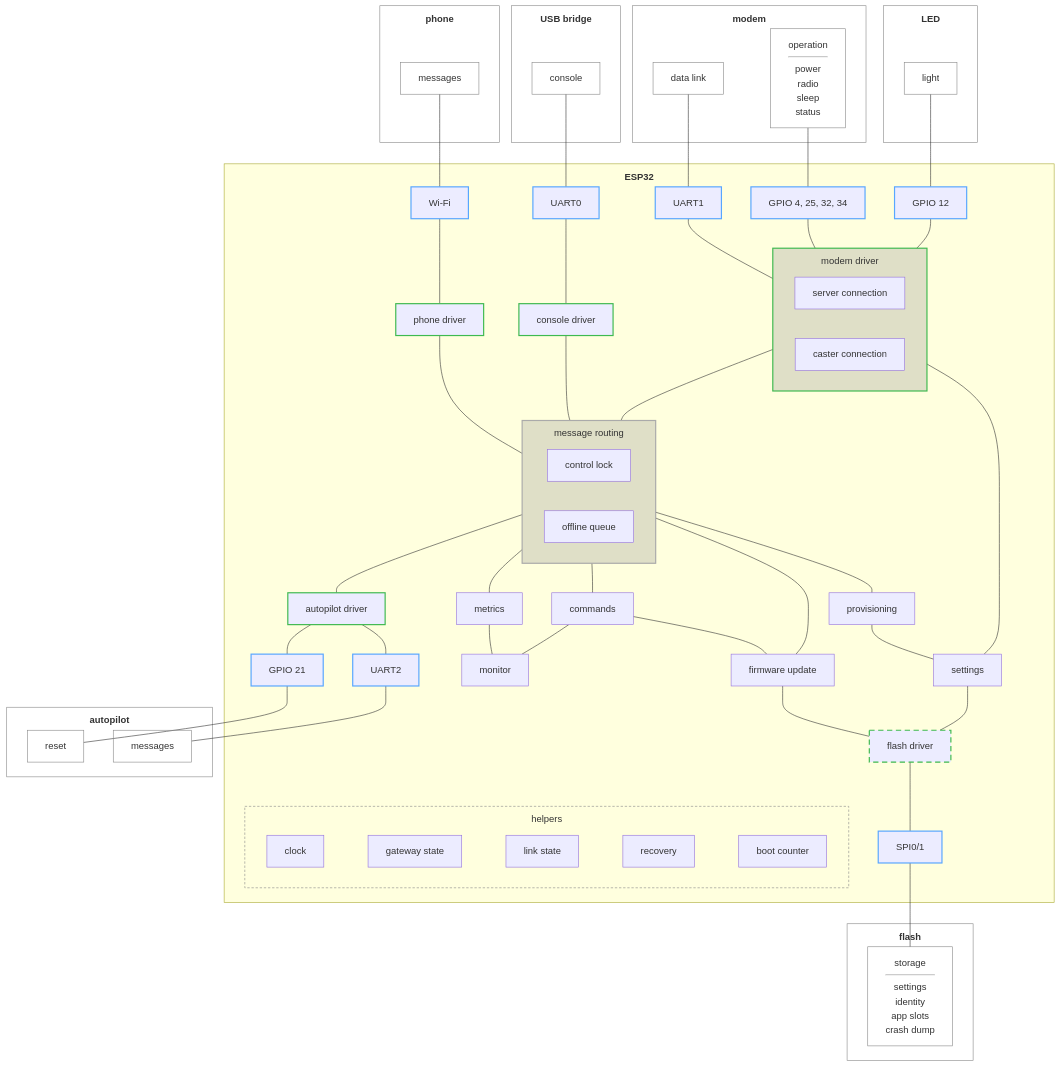
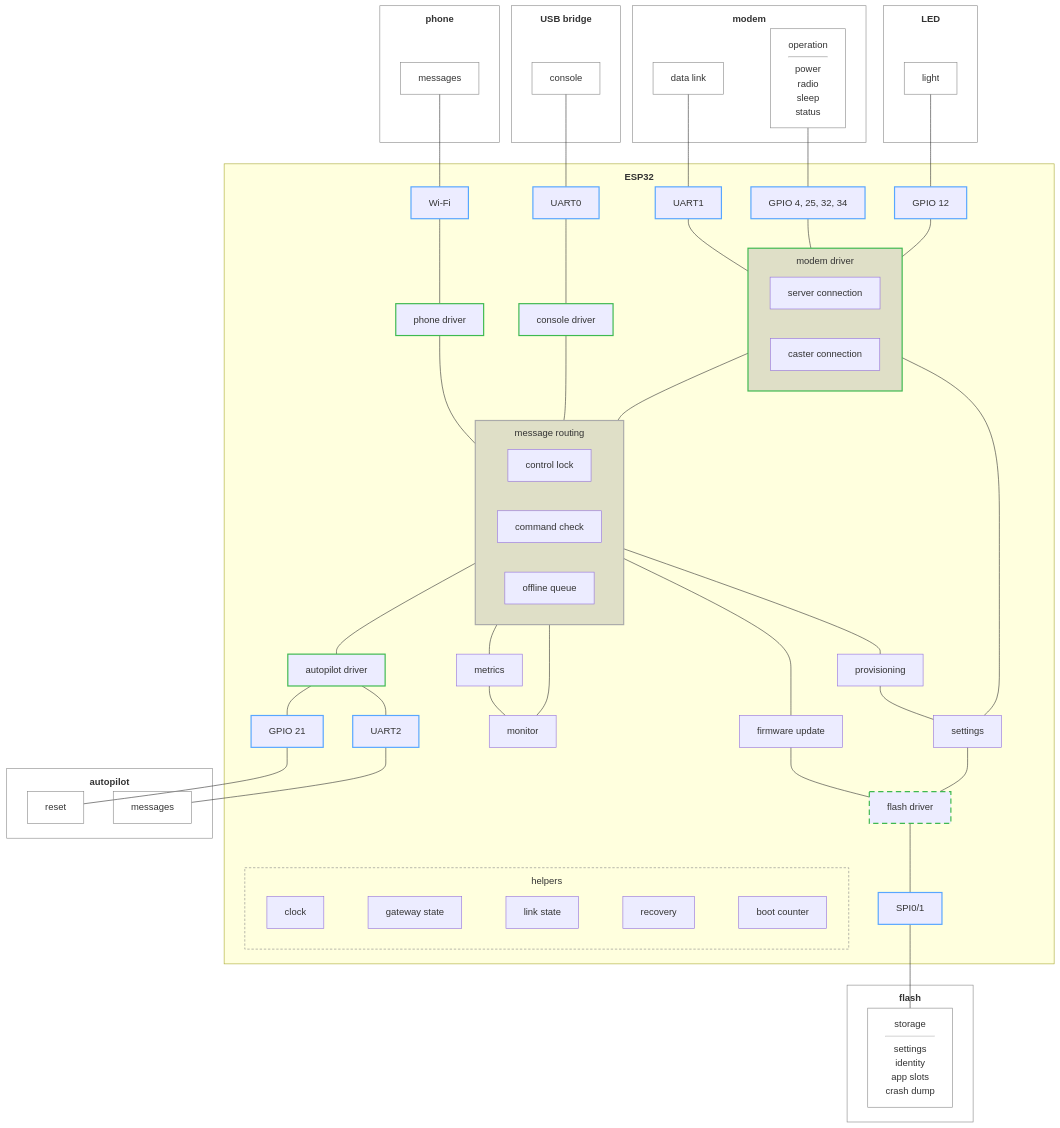
The diagram in .esp-architecture/diagrams/block-draft.md (rmx-lt/rmx-mower-gateway), drawn with Mermaid before and after one commit.

Commit message:
Draft: command check inside message routing instead of commands

```diff
--- a/.esp-architecture/diagrams/block-draft.md
+++ b/.esp-architecture/diagrams/block-draft.md
@@ -39,10 +39,10 @@
     con["console driver"]
     subgraph msg["message routing"]
       lock["control lock"]
+      chk["command check"]
       q["offline queue"]
     end
     prov["provisioning"]
-    cmd["commands"]
     upd["firmware update"]
     met["metrics"]
     mon["monitor"]
@@ -77,12 +77,10 @@
   con --- msg
   conn --- msg
   msg --- upd
-  msg --- cmd
   msg --- met
   msg --- bl
   met --- mon
-  cmd --- mon
-  cmd --- upd
+  msg --- mon
   conn --- set
   prov --- set
   upd --- fs
```
